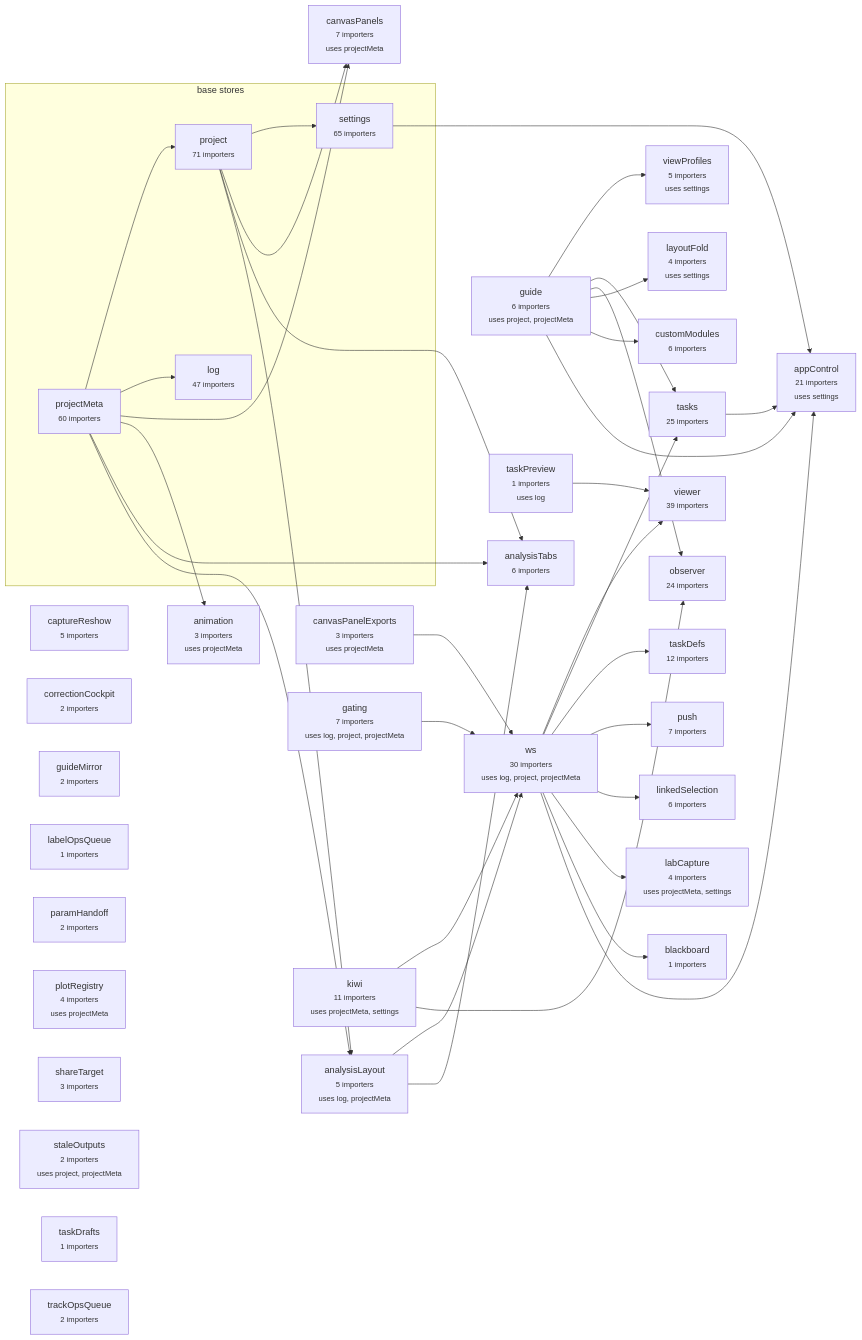
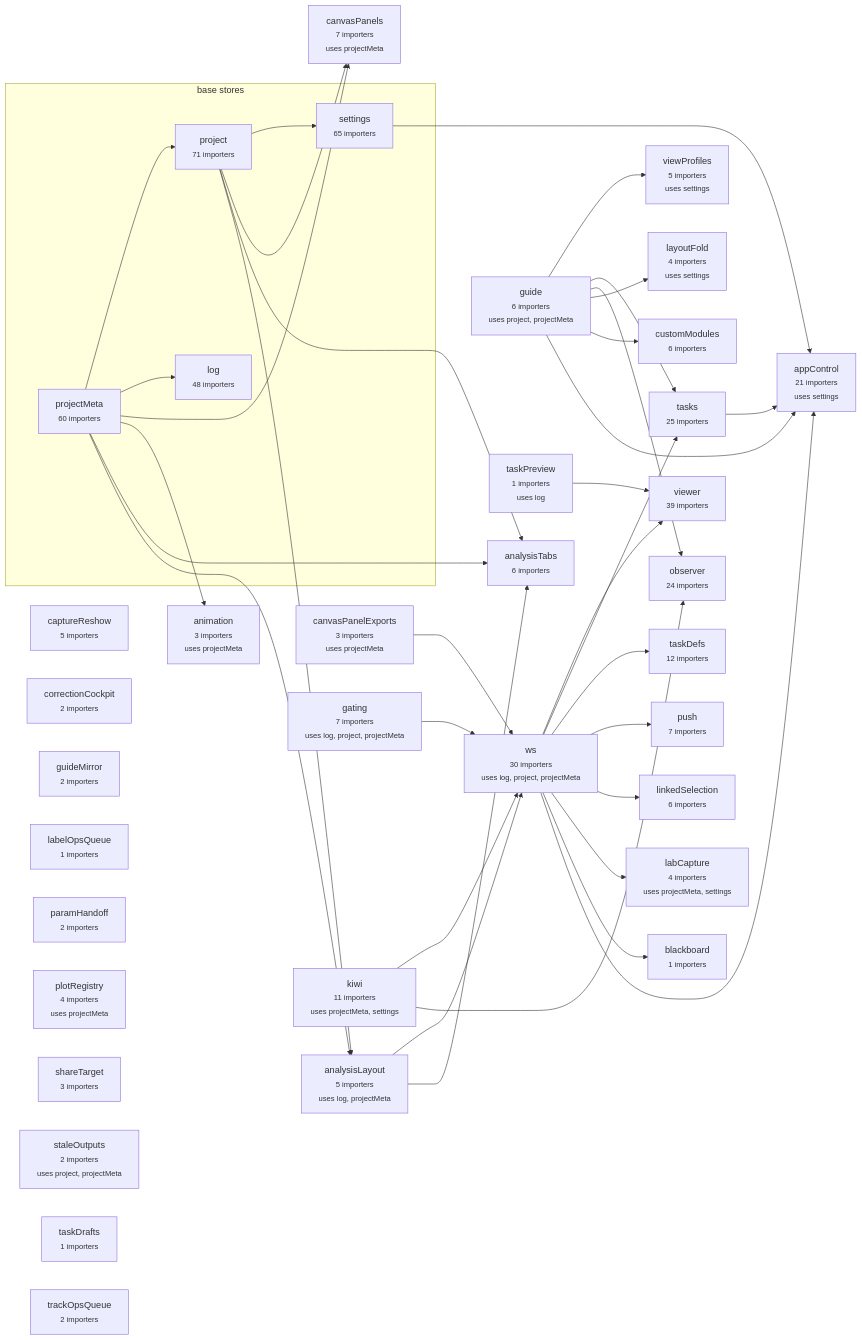
One commit to schienstockd/cecelia changed the diagram in docs/architecture/vue/stores.md. Above: the diagram before and after it, drawn with Mermaid. The commit also changed other lines of this file and 11 other files, not shown here.

````diff
--- a/docs/architecture/vue/stores.md
+++ b/docs/architecture/vue/stores.md
@@ -12,74 +12,74 @@
 ```mermaid
 flowchart LR
   subgraph BASE["base stores"]
-    log["log<br/><small>47 importers</small>"]
+    log["log<br/><small>48 importers</small>"]
     project["project<br/><small>71 importers</small>"]
     projectMeta["projectMeta<br/><small>60 importers</small>"]
     settings["settings<br/><small>65 importers</small>"]
   end
   analysisLayout["analysisLayout<br/><small>5 importers</small><br/><small>uses log, projectMeta</small>"]
   analysisTabs["analysisTabs<br/><small>6 importers</small>"]
   animation["animation<br/><small>3 importers</small><br/><small>uses projectMeta</small>"]
   appControl["appControl<br/><small>21 importers</small><br/><small>uses settings</small>"]
   blackboard["blackboard<br/><small>1 importers</small>"]
   canvasPanelExports["canvasPanelExports<br/><small>3 importers</small><br/><small>uses projectMeta</small>"]
   canvasPanels["canvasPanels<br/><small>7 importers</small><br/><small>uses projectMeta</small>"]
   captureReshow["captureReshow<br/><small>5 importers</small>"]
   correctionCockpit["correctionCockpit<br/><small>2 importers</small>"]
   customModules["customModules<br/><small>6 importers</small>"]
   gating["gating<br/><small>7 importers</small><br/><small>uses log, project, projectMeta</small>"]
   guide["guide<br/><small>6 importers</small><br/><small>uses project, projectMeta</small>"]
   guideMirror["guideMirror<br/><small>2 importers</small>"]
   kiwi["kiwi<br/><small>11 importers</small><br/><small>uses projectMeta, settings</small>"]
   labCapture["labCapture<br/><small>4 importers</small><br/><small>uses projectMeta, settings</small>"]
   labelOpsQueue["labelOpsQueue<br/><small>1 importers</small>"]
   layoutFold["layoutFold<br/><small>4 importers</small><br/><small>uses settings</small>"]
   linkedSelection["linkedSelection<br/><small>6 importers</small>"]
   observer["observer<br/><small>24 importers</small>"]
   paramHandoff["paramHandoff<br/><small>2 importers</small>"]
   plotRegistry["plotRegistry<br/><small>4 importers</small><br/><small>uses projectMeta</small>"]
   push["push<br/><small>7 importers</small>"]
   shareTarget["shareTarget<br/><small>3 importers</small>"]
   staleOutputs["staleOutputs<br/><small>2 importers</small><br/><small>uses project, projectMeta</small>"]
   taskDefs["taskDefs<br/><small>12 importers</small>"]
   taskDrafts["taskDrafts<br/><small>1 importers</small>"]
   taskPreview["taskPreview<br/><small>1 importers</small><br/><small>uses log</small>"]
   tasks["tasks<br/><small>25 importers</small>"]
   trackOpsQueue["trackOpsQueue<br/><small>2 importers</small>"]
   viewProfiles["viewProfiles<br/><small>5 importers</small><br/><small>uses settings</small>"]
   viewer["viewer<br/><small>39 importers</small>"]
   ws["ws<br/><small>30 importers</small><br/><small>uses log, project, projectMeta</small>"]
   analysisLayout --> analysisTabs
   analysisLayout --> ws
   canvasPanelExports --> ws
   gating --> ws
   guide --> appControl
   guide --> customModules
   guide --> layoutFold
   guide --> observer
   guide --> tasks
   guide --> viewProfiles
   kiwi --> observer
   kiwi --> ws
   project --> analysisLayout
   project --> analysisTabs
   project --> canvasPanels
   project --> settings
   projectMeta --> analysisLayout
   projectMeta --> analysisTabs
   projectMeta --> animation
   projectMeta --> canvasPanels
   projectMeta --> log
   projectMeta --> project
   settings --> appControl
   taskPreview --> viewer
   tasks --> appControl
   ws --> appControl
   ws --> blackboard
   ws --> labCapture
   ws --> linkedSelection
   ws --> push
   ws --> taskDefs
   ws --> tasks
   ws --> viewer
 ```
````
